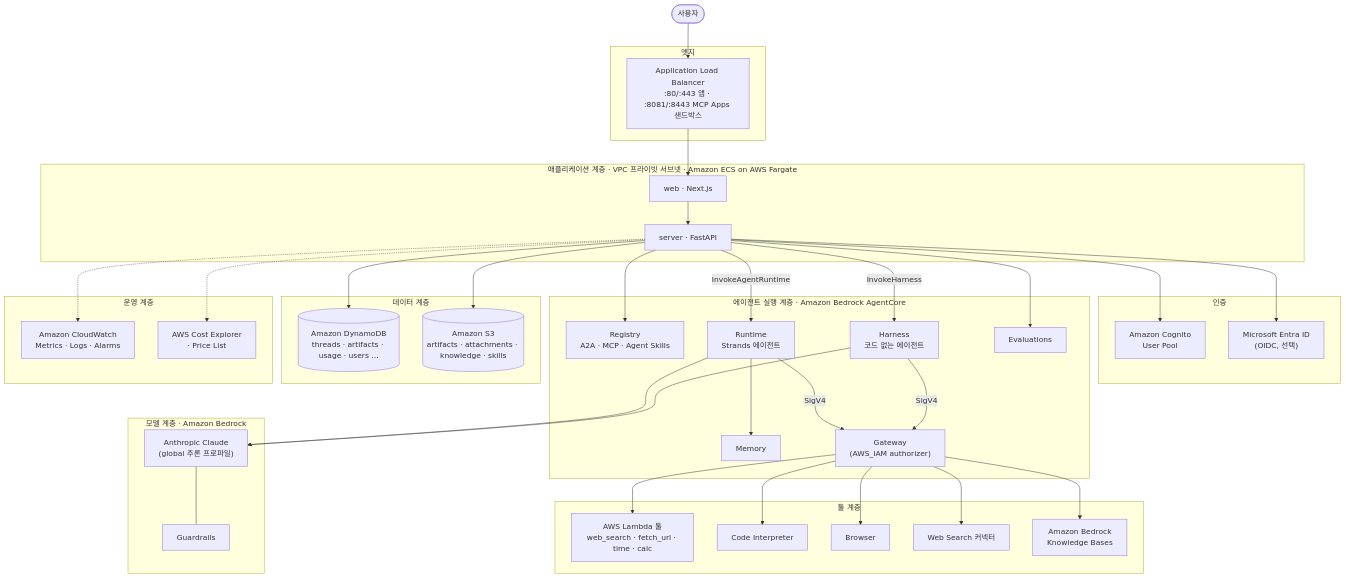
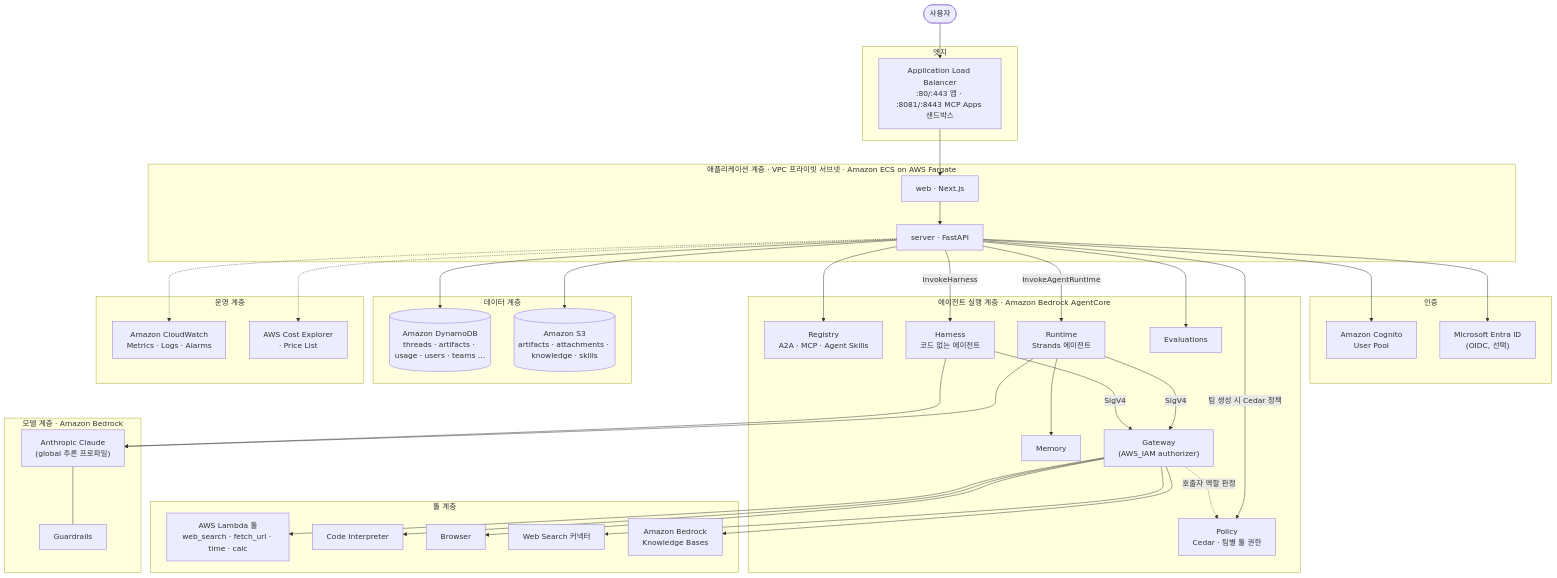
The first of 2 diagrams in projects/agent-platform-on-agentcore/README.md (aws-samples/sample-agentic-ai-acceleration-kr), drawn with Mermaid before and after one commit. The commit also changed other lines of this file and 159 other files, not shown here.

````diff
--- a/projects/agent-platform-on-agentcore/README.md
+++ b/projects/agent-platform-on-agentcore/README.md
@@ -55,66 +55,69 @@
 ```mermaid
 flowchart TB
     User([사용자])
 
     subgraph edge["엣지"]
         ALB["Application Load Balancer<br/>:80/:443 앱 · :8081/:8443 MCP Apps 샌드박스"]
     end
 
     subgraph app["애플리케이션 계층 · VPC 프라이빗 서브넷 · Amazon ECS on AWS Fargate"]
         Web["web · Next.js"]
         Server["server · FastAPI"]
     end
 
     subgraph idp["인증"]
         Cognito["Amazon Cognito<br/>User Pool"]
         Entra["Microsoft Entra ID<br/>(OIDC, 선택)"]
     end
 
     subgraph agentcore["에이전트 실행 계층 · Amazon Bedrock AgentCore"]
         Registry["Registry<br/>A2A · MCP · Agent Skills"]
         Runtime["Runtime<br/>Strands 에이전트"]
         Harness["Harness<br/>코드 없는 에이전트"]
         Memory["Memory"]
         Gateway["Gateway<br/>(AWS_IAM authorizer)"]
+        Policy["Policy<br/>Cedar · 팀별 툴 권한"]
         Eval["Evaluations"]
     end
 
     subgraph tools["툴 계층"]
         Lambda["AWS Lambda 툴<br/>web_search · fetch_url · time · calc"]
         CI["Code Interpreter"]
         Browser["Browser"]
         WebSearch["Web Search 커넥터"]
         KB["Amazon Bedrock<br/>Knowledge Bases"]
     end
 
     subgraph model["모델 계층 · Amazon Bedrock"]
         FM["Anthropic Claude<br/>(global 추론 프로파일)"]
         GR["Guardrails"]
     end
 
     subgraph data["데이터 계층"]
-        DDB[("Amazon DynamoDB<br/>threads · artifacts · usage · users …")]
+        DDB[("Amazon DynamoDB<br/>threads · artifacts · usage · users · teams …")]
         S3[("Amazon S3<br/>artifacts · attachments · knowledge · skills")]
     end
 
     subgraph ops["운영 계층"]
         CW["Amazon CloudWatch<br/>Metrics · Logs · Alarms"]
         CE["AWS Cost Explorer<br/>· Price List"]
     end
 
     User --> ALB --> Web --> Server
     Server --> Cognito & Entra
     Server --> Registry
+    Server -->|팀 생성 시 Cedar 정책| Policy
     Server -->|InvokeAgentRuntime| Runtime
     Server -->|InvokeHarness| Harness
     Server --> DDB & S3
     Server --> Eval
     Server -.-> CW & CE
     Runtime --> Memory
     Runtime -->|SigV4| Gateway
     Harness -->|SigV4| Gateway
+    Gateway -.->|호출자 역할 판정| Policy
     Gateway --> Lambda & CI & Browser & WebSearch & KB
     Runtime --> FM
     Harness --> FM
     FM --- GR
 ```
````
